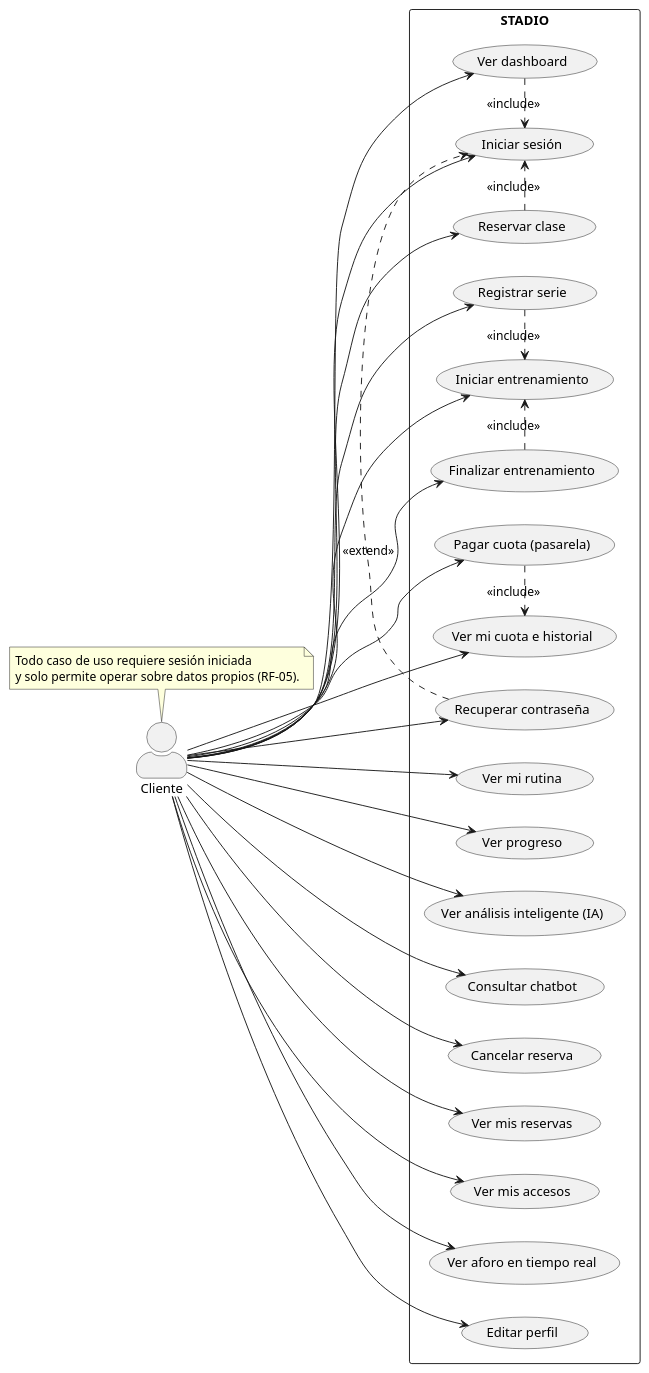
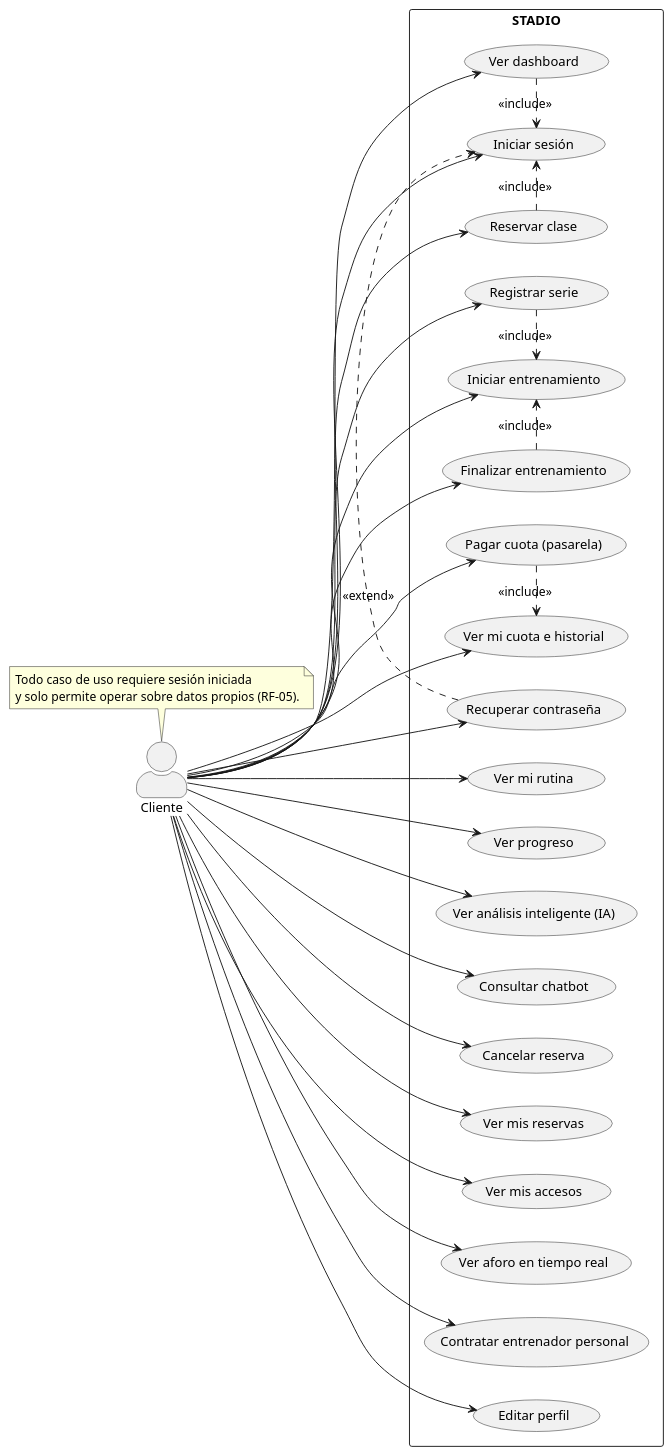
Before and after one commit to iis8-ua/stadio: the diagram in docs/diagramas/casos-uso/cliente.puml, drawn with PlantUML. The commit also changed 25 other files, not shown here.

```diff
--- a/docs/diagramas/casos-uso/cliente.puml
+++ b/docs/diagramas/casos-uso/cliente.puml
@@ -1,63 +1,65 @@
 @startuml
 ' === STADIO - Casos de uso: CLIENTE ===
 left to right direction
 skinparam actorStyle awesome
 skinparam defaultFontName "Arial"
 
 actor "Cliente" as Cliente
 
 rectangle "STADIO" {
   usecase "Iniciar sesión" as UC_Login
   usecase "Recuperar contraseña" as UC_Pass
   usecase "Ver dashboard" as UC_Dash
   usecase "Ver mi rutina" as UC_Rutina
   usecase "Iniciar entrenamiento" as UC_Start
   usecase "Registrar serie" as UC_Serie
   usecase "Finalizar entrenamiento" as UC_End
   usecase "Ver progreso" as UC_Prog
   usecase "Ver análisis inteligente (IA)" as UC_IA
   usecase "Consultar chatbot" as UC_Bot
   usecase "Reservar clase" as UC_Res
   usecase "Cancelar reserva" as UC_Cancel
   usecase "Ver mis reservas" as UC_MisRes
   usecase "Ver mis accesos" as UC_Acc
   usecase "Ver aforo en tiempo real" as UC_Aforo
   usecase "Ver mi cuota e historial" as UC_Cuota
   usecase "Pagar cuota (pasarela)" as UC_Pay
+  usecase "Contratar entrenador personal" as UC_Trainer
   usecase "Editar perfil" as UC_Perfil
 }
 
 Cliente --> UC_Login
 Cliente --> UC_Pass
 Cliente --> UC_Dash
 Cliente --> UC_Rutina
 Cliente --> UC_Start
 Cliente --> UC_Serie
 Cliente --> UC_End
 Cliente --> UC_Prog
 Cliente --> UC_IA
 Cliente --> UC_Bot
 Cliente --> UC_Res
 Cliente --> UC_Cancel
 Cliente --> UC_MisRes
 Cliente --> UC_Acc
 Cliente --> UC_Aforo
 Cliente --> UC_Cuota
 Cliente --> UC_Pay
+Cliente --> UC_Trainer
 Cliente --> UC_Perfil
 
 ' Precondición común (RF-05)
 note top of Cliente
   Todo caso de uso requiere sesión iniciada
   y solo permite operar sobre datos propios (RF-05).
 end note
 
 ' Relaciones include
 UC_Dash .> UC_Login : <<include>>
 UC_Res .> UC_Login : <<include>>
 UC_Serie .> UC_Start : <<include>>
 UC_End .> UC_Start : <<include>>
 UC_Pay .> UC_Cuota : <<include>>
 UC_Pass .> UC_Login : <<extend>>
 
 @enduml
```
